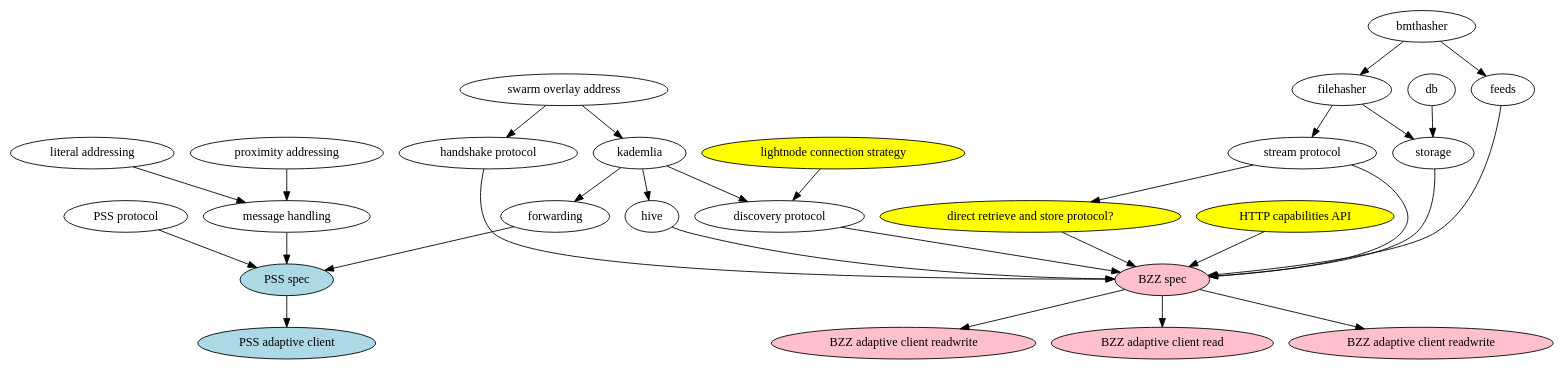
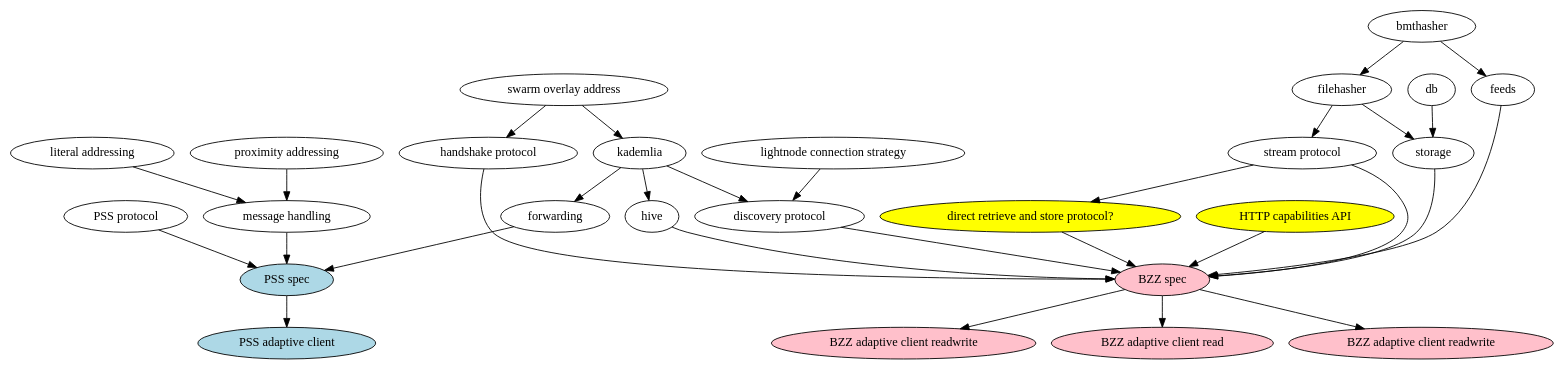
The diagram in specdep.dot (nolash/swarm-adaptive-node), drawn with Graphviz before and after one commit. The commit also changed 1 other file, not shown here.

Commit message:
Edit lightnode conn strategy state

```diff
--- a/specdep.dot
+++ b/specdep.dot
@@ -1,42 +1,42 @@
 digraph{
 	PSS [label="PSS spec",style="filled",fillcolor="lightblue"]
 	BZZ [label="BZZ spec",style="filled",fillcolor="pink"]
 	lightextension [label="direct retrieve and store protocol?",style="filled",fillcolor="yellow"]
 	discovery [label="discovery protocol"]
 	handshake [label="handshake protocol"]
 	pssprotocol [label="PSS protocol"]
 	overlay [label="swarm overlay address"]
 	literaladdress [label="literal addressing"]
 	proxaddress [label="proximity addressing"]
 	psshandler [label="message handling"]
 	stream [label="stream protocol"]
-	lightdiscoverystrategy [label="lightnode connection strategy",style="filled",fillcolor="yellow"]
+	lightdiscoverystrategy [label="lightnode connection strategy"]
 	bzzclientread [label="BZZ adaptive client read",style="filled",fillcolor="pink"]
 	bzzclientrw [label="BZZ adaptive client readwrite",style="filled",fillcolor="pink"]
 	bzzserver [label="BZZ adaptive client readwrite",style="filled",fillcolor="pink"]
 	pssclient [label="PSS adaptive client",style="filled",fillcolor="lightblue"]
 	httpcap [label="HTTP capabilities API",style="filled",fillcolor="yellow"]
 	
 	overlay -> kademlia
 	overlay -> handshake
 
 	kademlia -> forwarding -> PSS
 	pssprotocol -> PSS
 	{literaladdress, proxaddress} -> psshandler -> PSS
 
 	handshake -> BZZ
 	lightdiscoverystrategy -> discovery
 	kademlia -> discovery -> BZZ
 	kademlia -> hive -> BZZ
 	bmthasher -> filehasher
 	{filehasher, db} -> storage
 	filehasher -> stream
 	stream -> lightextension
 	{storage, stream, lightextension, httpcap} -> BZZ
 	bmthasher -> feeds -> BZZ
 
 	BZZ -> bzzclientread
 	BZZ -> bzzclientrw
 	BZZ -> bzzserver
 	PSS -> pssclient
 }
```
